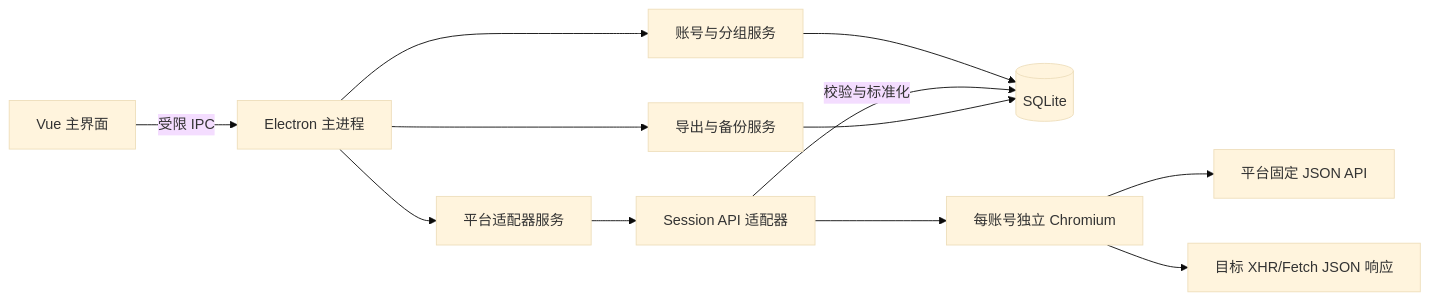
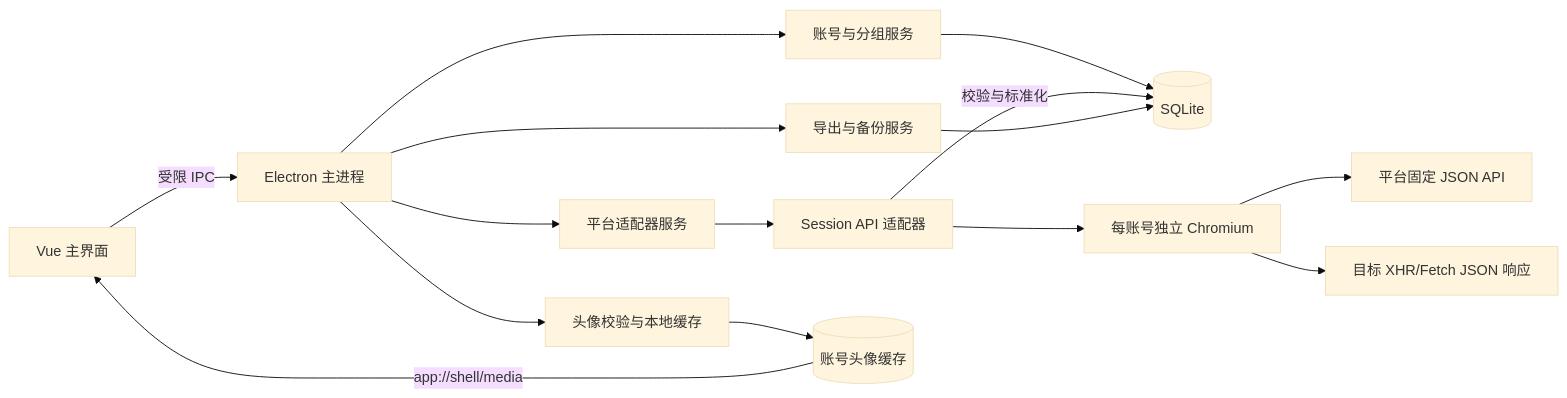
The first of 2 diagrams in docs/research-and-design.md (nzmxd/streamfold), drawn with Mermaid (base theme) before and after one commit. The commit also changed other lines of this file and 40 other files, not shown here.

````diff
--- a/docs/research-and-design.md
+++ b/docs/research-and-design.md
@@ -72,14 +73,17 @@
 ```mermaid
 flowchart LR
     UI[Vue 主界面] -->|受限 IPC| MAIN[Electron 主进程]
     MAIN --> ACC[账号与分组服务]
     MAIN --> PLUGIN[平台适配器服务]
     MAIN --> EXPORT[导出与备份服务]
+    MAIN --> MEDIA[头像校验与本地缓存]
     ACC --> DB[(SQLite)]
     PLUGIN --> API[Session API 适配器]
     API --> BROWSER[每账号独立 Chromium]
     BROWSER --> JSON[平台固定 JSON API]
     BROWSER --> CDP[目标 XHR/Fetch JSON 响应]
     API -->|校验与标准化| DB
+    MEDIA --> CACHE[(账号头像缓存)]
+    CACHE -->|app://shell/media| UI
     EXPORT --> DB
 ```
````
